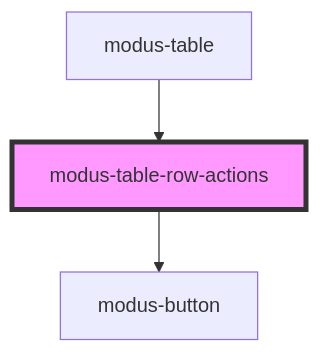
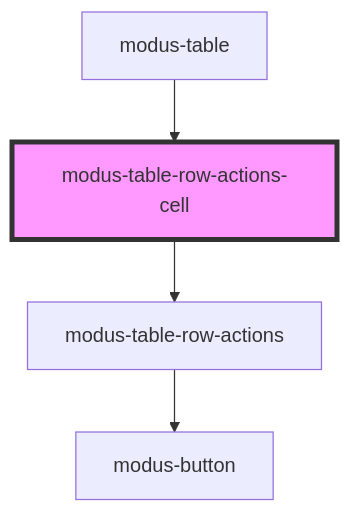
Before and after one commit to trimble-oss/modus-web-components: the diagram in stencil-workspace/src/components/modus-table/parts/row/actions/modus-table-row-actions/readme.md, drawn with Mermaid. The commit also changed other lines of this file and 10 other files, not shown here.

````diff
--- a/stencil-workspace/src/components/modus-table/parts/row/actions/modus-table-row-actions/readme.md
+++ b/stencil-workspace/src/components/modus-table/parts/row/actions/modus-table-row-actions/readme.md
@@ -34,6 +27,7 @@
 ```mermaid
 graph TD;
+  modus-table-row-actions-cell --> modus-table-row-actions
   modus-table-row-actions --> modus-button
-  modus-table --> modus-table-row-actions
-  style modus-table-row-actions fill:#f9f,stroke:#333,stroke-width:4px
+  modus-table --> modus-table-row-actions-cell
+  style modus-table-row-actions-cell fill:#f9f,stroke:#333,stroke-width:4px
 ```
````
